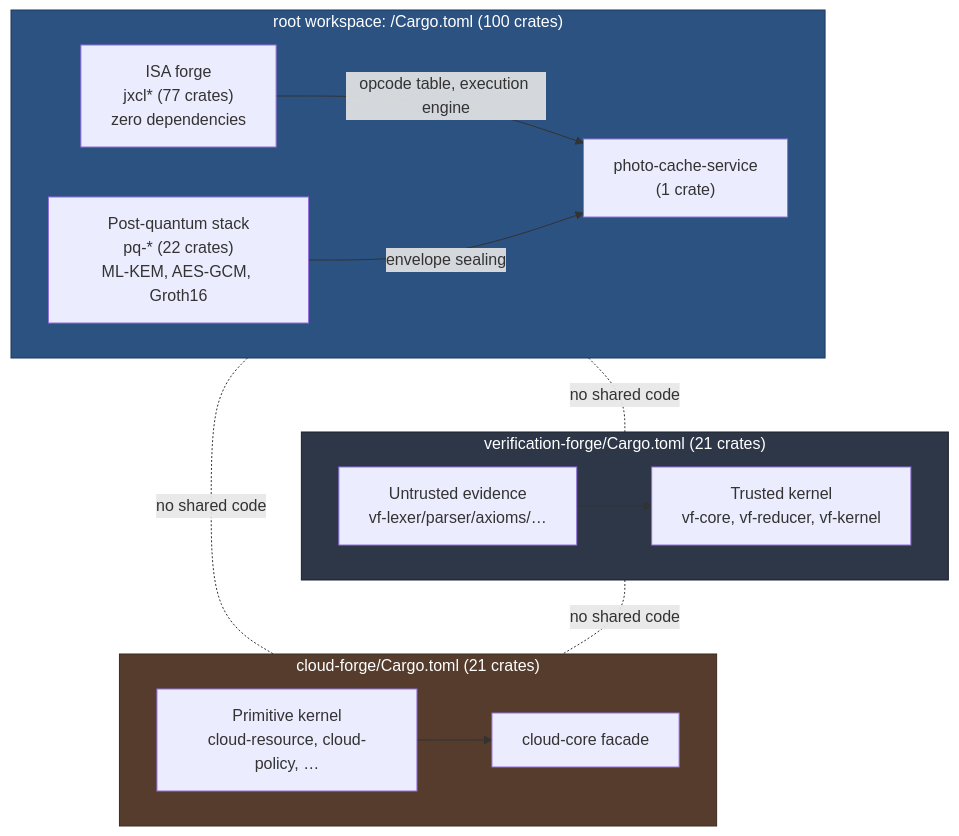
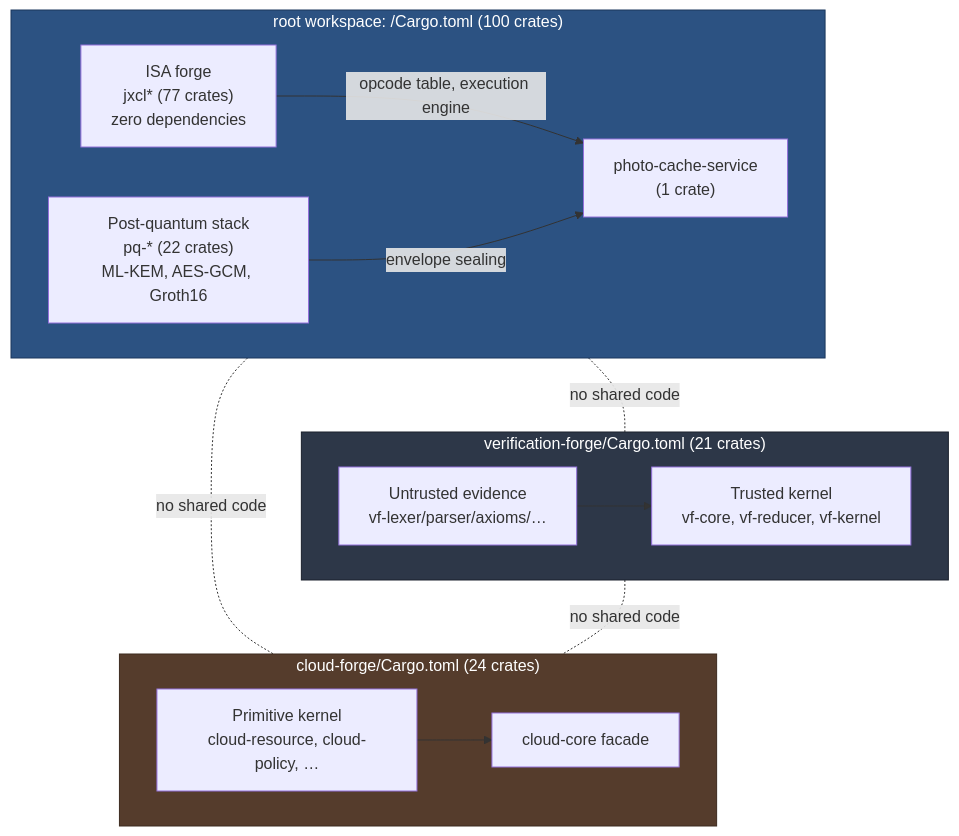
Before and after one commit to SNAPKITTYAGENT9NOVA/tlm-jxcl-forge: the first of 5 diagrams in README.md, drawn with Mermaid. The commit also changed other lines of this file and 9 other files, not shown here.

First line of the commit message:
cloud-forge: Phase 5, storage primitives

````diff
--- a/README.md
+++ b/README.md
@@ -69,33 +69,33 @@
 ```mermaid
 flowchart TB
     subgraph ROOT["root workspace: /Cargo.toml (100 crates)"]
         direction LR
         isa["ISA forge<br/>jxcl* (77 crates)<br/>zero dependencies"]
         pq["Post-quantum stack<br/>pq-* (22 crates)<br/>ML-KEM, AES-GCM, Groth16"]
         svc["photo-cache-service<br/>(1 crate)"]
         isa -->|opcode table, execution engine| svc
         pq -->|envelope sealing| svc
     end
 
     subgraph VF["verification-forge/Cargo.toml (21 crates)"]
         direction LR
         vfk["Trusted kernel<br/>vf-core, vf-reducer, vf-kernel"]
         vfe["Untrusted evidence<br/>vf-lexer/parser/axioms/…"]
         vfe --> vfk
     end
 
-    subgraph CF["cloud-forge/Cargo.toml (21 crates)"]
+    subgraph CF["cloud-forge/Cargo.toml (24 crates)"]
         direction LR
         cfk["Primitive kernel<br/>cloud-resource, cloud-policy, …"]
         cfc["cloud-core facade"]
         cfk --> cfc
     end
 
     ROOT -.no shared code.- VF
     ROOT -.no shared code.- CF
     VF -.no shared code.- CF
 
     style ROOT fill:#2c5282,color:#fff,stroke:#1a365d
     style VF fill:#2d3748,color:#fff,stroke:#1a202c
     style CF fill:#553c2c,color:#fff,stroke:#3d2b1f
 ```
````
